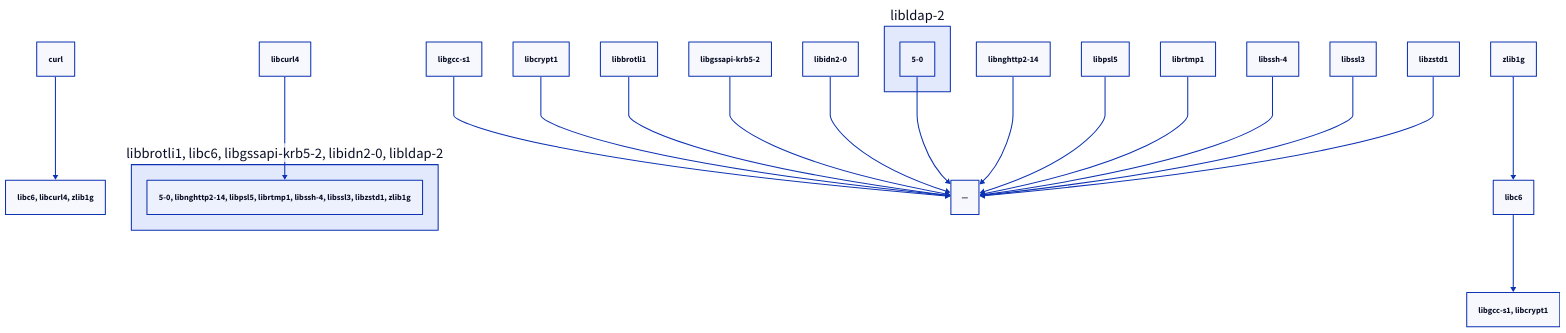
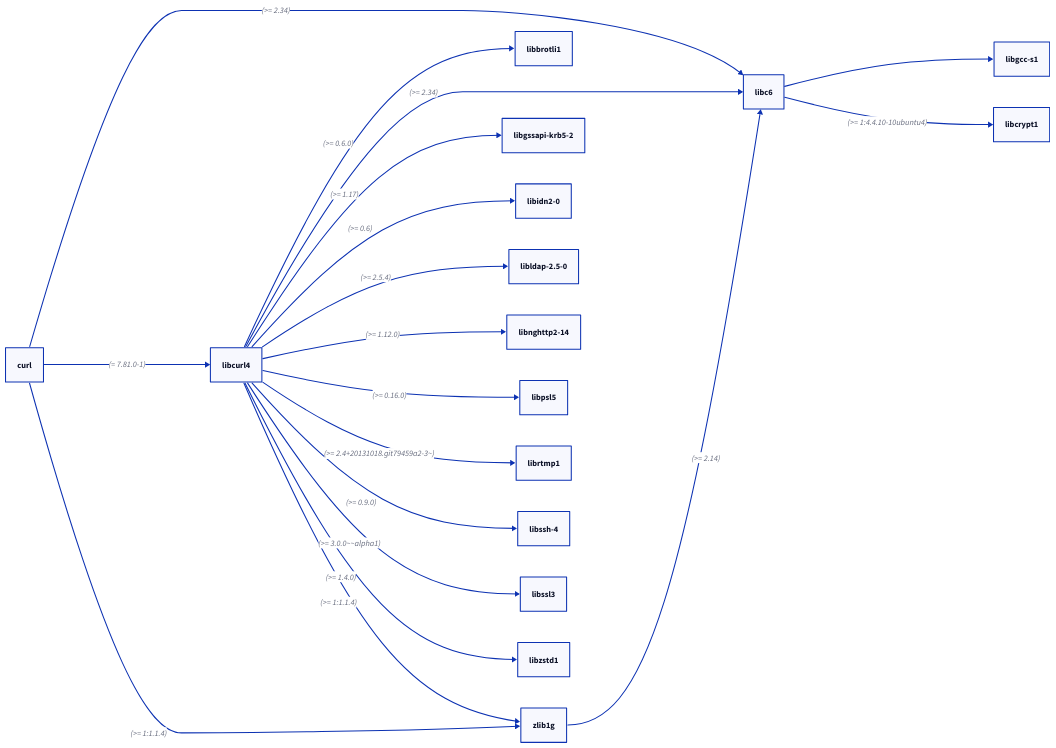
One commit to AngelinaKapralova/konfig_upr_2 changed the diagram in practice_2/examples/curl.d2. Above: the diagram before and after it, drawn with D2. The commit also changed 5 other files, not shown here.

```diff
--- a/practice_2/examples/curl.d2
+++ b/practice_2/examples/curl.d2
@@ -1,16 +1,35 @@
-curl -> libc6, libcurl4, zlib1g
-libc6 -> libgcc-s1, libcrypt1
-libcurl4 -> libbrotli1, libc6, libgssapi-krb5-2, libidn2-0, libldap-2.5-0, libnghttp2-14, libpsl5, librtmp1, libssh-4, libssl3, libzstd1, zlib1g
-zlib1g -> libc6
-libgcc-s1 -> —
-libcrypt1 -> —
-libbrotli1 -> —
-libgssapi-krb5-2 -> —
-libidn2-0 -> —
-libldap-2.5-0 -> —
-libnghttp2-14 -> —
-libpsl5 -> —
-librtmp1 -> —
-libssh-4 -> —
-libssl3 -> —
-libzstd1 -> —
+direction: right
+"curl"
+"curl" -> "libc6": "(>= 2.34)"
+"curl" -> "libcurl4": "(= 7.81.0-1)"
+"curl" -> "zlib1g": "(>= 1:1.1.4)"
+"libc6"
+"libc6" -> "libgcc-s1"
+"libc6" -> "libcrypt1": "(>= 1:4.4.10-10ubuntu4)"
+"libcurl4"
+"libcurl4" -> "libbrotli1": "(>= 0.6.0)"
+"libcurl4" -> "libc6": "(>= 2.34)"
+"libcurl4" -> "libgssapi-krb5-2": "(>= 1.17)"
+"libcurl4" -> "libidn2-0": "(>= 0.6)"
+"libcurl4" -> "libldap-2.5-0": "(>= 2.5.4)"
+"libcurl4" -> "libnghttp2-14": "(>= 1.12.0)"
+"libcurl4" -> "libpsl5": "(>= 0.16.0)"
+"libcurl4" -> "librtmp1": "(>= 2.4+20131018.git79459a2-3~)"
+"libcurl4" -> "libssh-4": "(>= 0.9.0)"
+"libcurl4" -> "libssl3": "(>= 3.0.0~~alpha1)"
+"libcurl4" -> "libzstd1": "(>= 1.4.0)"
+"libcurl4" -> "zlib1g": "(>= 1:1.1.4)"
+"zlib1g"
+"zlib1g" -> "libc6": "(>= 2.14)"
+"libgcc-s1"
+"libcrypt1"
+"libbrotli1"
+"libgssapi-krb5-2"
+"libidn2-0"
+"libldap-2.5-0"
+"libnghttp2-14"
+"libpsl5"
+"librtmp1"
+"libssh-4"
+"libssl3"
+"libzstd1"
```
